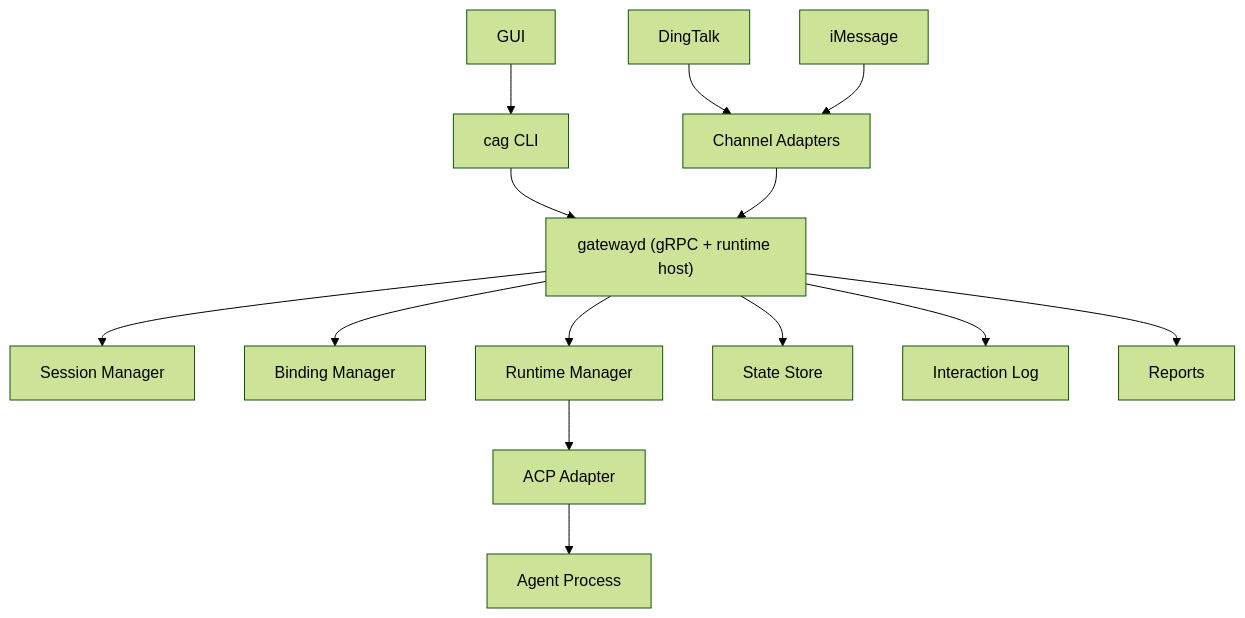
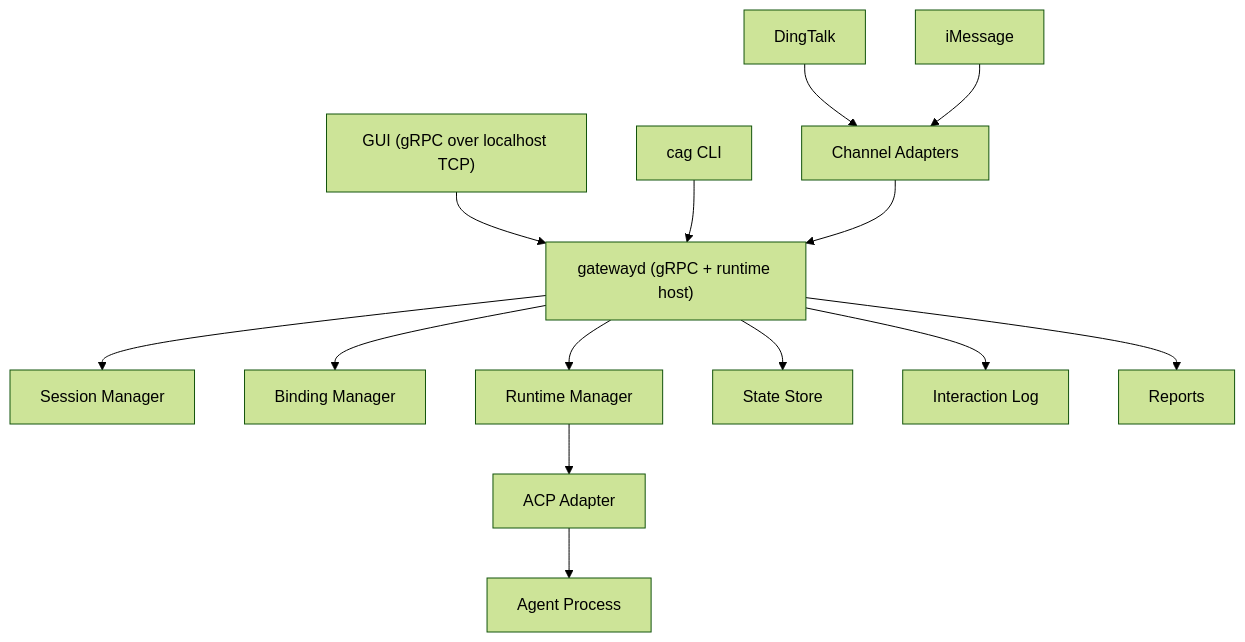
One commit to zhoushoujianwork/cli-agent-gateway changed the diagram in docs/ARCHITECTURE.md. Above: the diagram before and after it, drawn with Mermaid (forest theme). The commit also changed other lines of this file and 9 other files, not shown here.

Commit message:
Add structured GUI session timeline events

````diff
--- a/docs/ARCHITECTURE.md
+++ b/docs/ARCHITECTURE.md
@@ -83,16 +83,16 @@
 ```mermaid
 flowchart TD
-    GUI["GUI"] --> CLI
+    GUI["GUI (gRPC over localhost TCP)"] --> GD["gatewayd (gRPC + runtime host)"]
     DT["DingTalk"] --> CH
     IM["iMessage"] --> CH
-    CLI["cag CLI"] --> GD["gatewayd (gRPC + runtime host)"]
+    CLI["cag CLI"] --> GD
     CH["Channel Adapters"] --> GD
     GD --> SM["Session Manager"]
     GD --> BM["Binding Manager"]
     GD --> RM["Runtime Manager"]
     RM --> ACP["ACP Adapter"]
     ACP --> AG["Agent Process"]
     GD --> ST["State Store"]
     GD --> IL["Interaction Log"]
     GD --> RP["Reports"]
 ```
````
